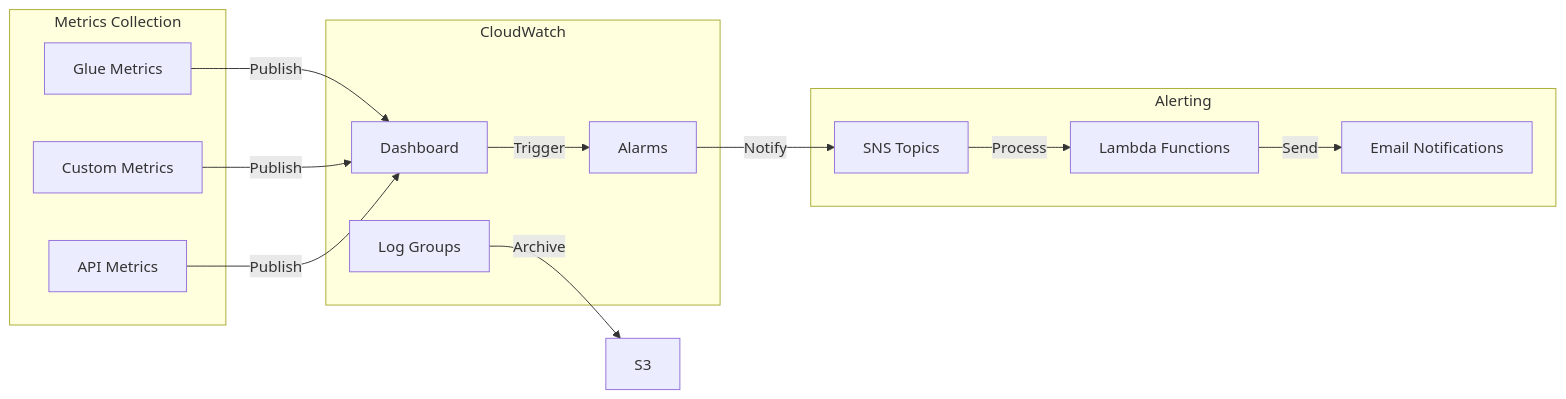
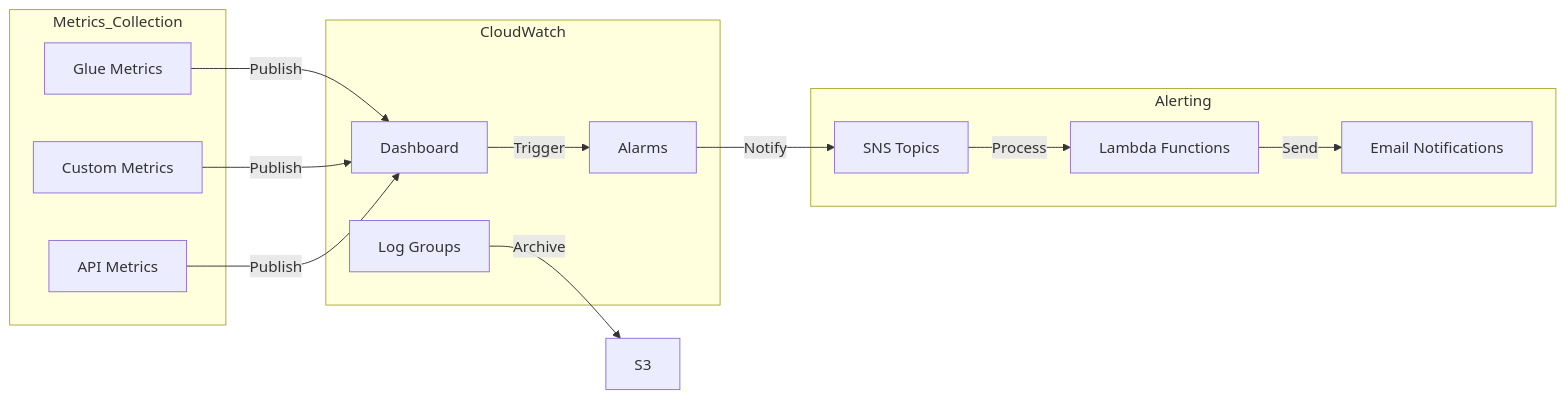
The fourth of 5 diagrams in README.md (sunilpradhansharma/spark_processing_external_api_in_glue), drawn with Mermaid before and after one commit.

Commit message:
Fix: Update Mermaid diagram syntax in README.md for better GitHub rendering

````diff
--- a/README.md
+++ b/README.md
@@ -243,31 +243,31 @@
 ```mermaid
 graph LR
-    subgraph Metrics Collection
+    subgraph Metrics_Collection
         GlueMetrics[Glue Metrics]
         CustomMetrics[Custom Metrics]
         APIMetrics[API Metrics]
     end
     
     subgraph CloudWatch
         Dashboard[Dashboard]
         Alarms[Alarms]
         Logs[Log Groups]
     end
     
     subgraph Alerting
         SNS[SNS Topics]
         Lambda[Lambda Functions]
         Email[Email Notifications]
     end
     
     GlueMetrics -->|Publish| Dashboard
     CustomMetrics -->|Publish| Dashboard
     APIMetrics -->|Publish| Dashboard
     
     Dashboard -->|Trigger| Alarms
     Alarms -->|Notify| SNS
     SNS -->|Process| Lambda
     Lambda -->|Send| Email
     
     Logs -->|Archive| S3
 ```
````
